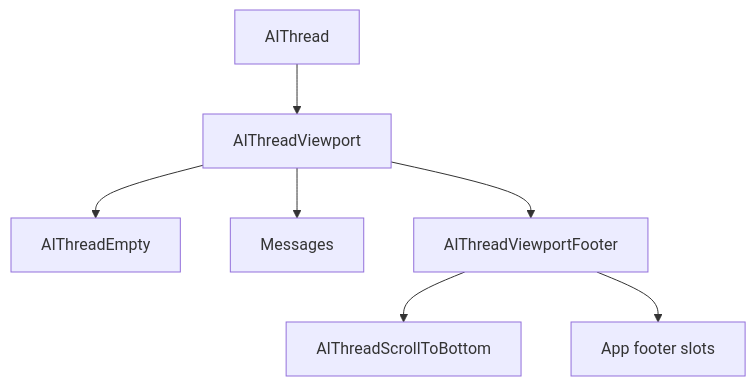
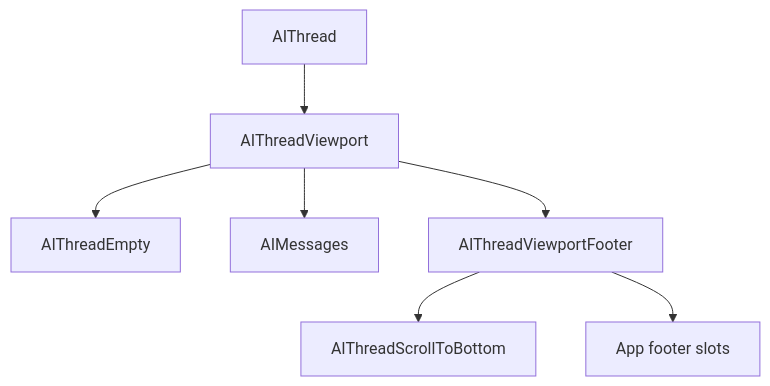
Before and after one commit to vtex/shoreline: the diagram in packages/shoreline-ai/docs/THREAD.md, drawn with Mermaid. The commit also changed other lines of this file and 3 other files, not shown here.

````diff
--- a/packages/shoreline-ai/docs/THREAD.md
+++ b/packages/shoreline-ai/docs/THREAD.md
@@ -104,16 +107,16 @@
 ```mermaid
 flowchart TB
   root[AIThread]
   vp[AIThreadViewport]
   empty[AIThreadEmpty]
-  content[Messages]
+  content[AIMessages]
   footer[AIThreadViewportFooter]
   scroll[AIThreadScrollToBottom]
   slot["App footer slots"]
   root --> vp
   vp --> empty
   vp --> content
   vp --> footer
   footer --> scroll
   footer --> slot
 ```
````
